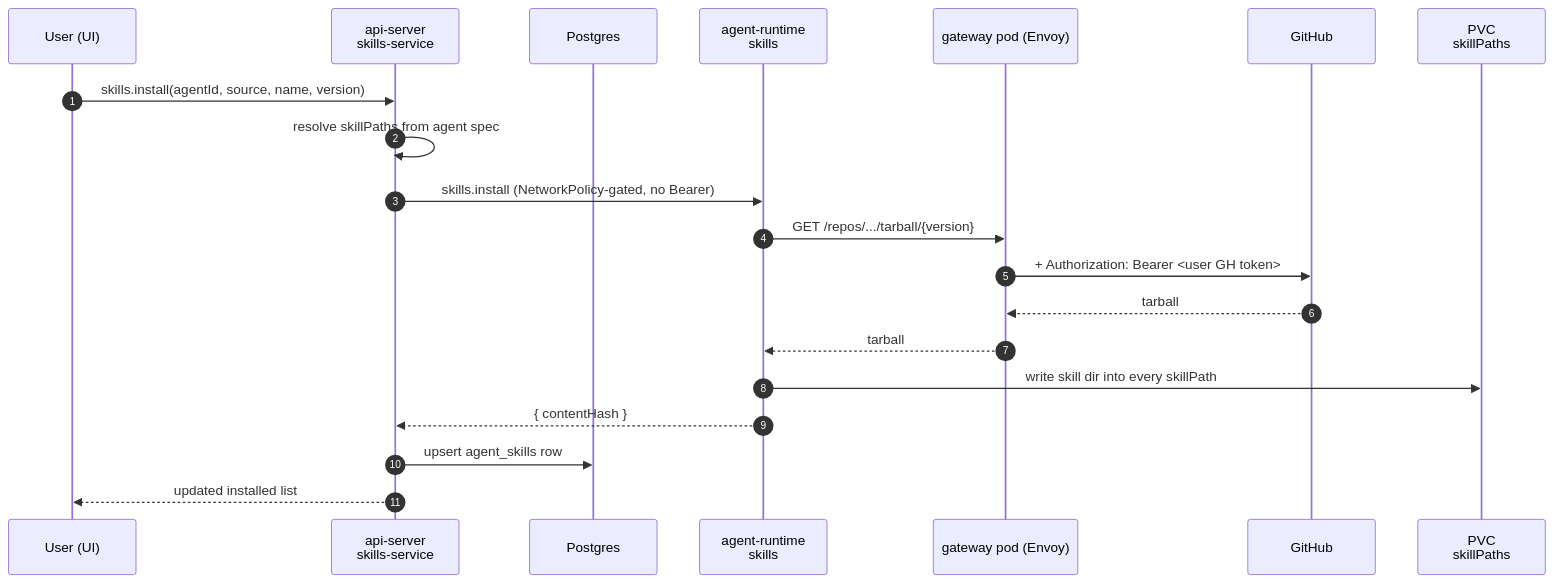
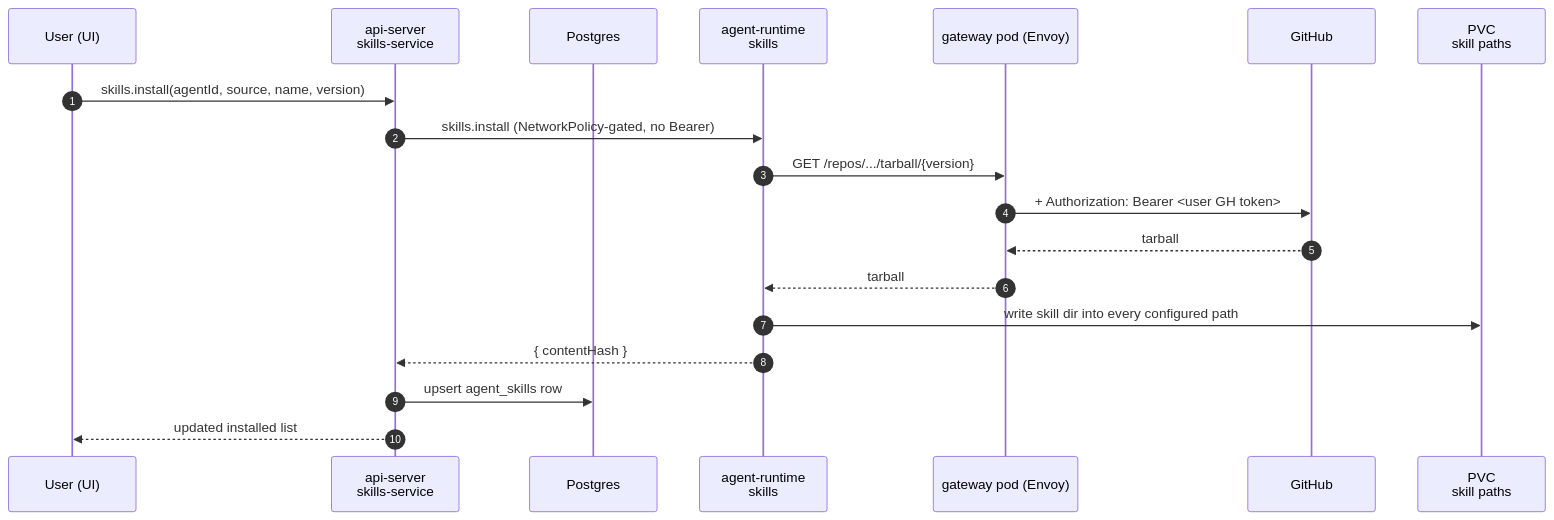
The second of 3 diagrams in docs/architecture/skills.md (subbyte/dam), drawn with Mermaid before and after one commit. The commit also changed other lines of this file and 26 other files, not shown here.

First line of the commit message:
refactor(skills): make the runtime manifest own skill install paths (#681)

````diff
--- a/docs/architecture/skills.md
+++ b/docs/architecture/skills.md
@@ -153,23 +154,22 @@
 ```mermaid
 sequenceDiagram
   autonumber
   participant U as User (UI)
   participant API as api-server<br/>skills-service
   participant DB as Postgres
   participant RT as agent-runtime<br/>skills
   participant ENV as gateway pod (Envoy)
   participant GH as GitHub
-  participant PVC as PVC<br/>skillPaths
+  participant PVC as PVC<br/>skill paths
 
   U->>API: skills.install(agentId, source, name, version)
-  API->>API: resolve skillPaths from agent spec
   API->>RT: skills.install (NetworkPolicy-gated, no Bearer)
   RT->>ENV: GET /repos/.../tarball/{version}
   ENV->>GH: + Authorization: Bearer <user GH token>
   GH-->>ENV: tarball
   ENV-->>RT: tarball
-  RT->>PVC: write skill dir into every skillPath
+  RT->>PVC: write skill dir into every configured path
   RT-->>API: { contentHash }
   API->>DB: upsert agent_skills row
   API-->>U: updated installed list
 ```
````
